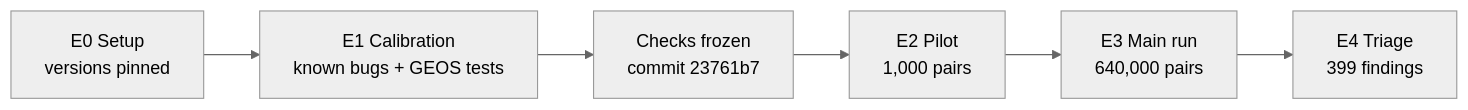
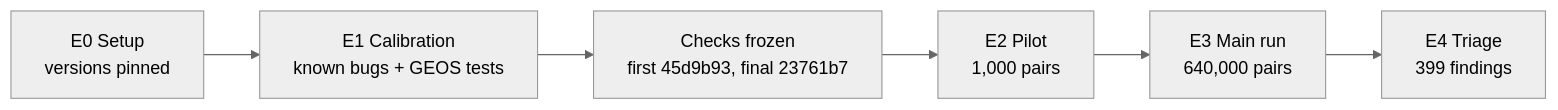
Before and after one commit to alexandre-zatti/postgis-consistency-testing: the diagram in docs/03-experiments.md, drawn with Mermaid (neutral theme). The commit also changed other lines of this file and 11 other files, not shown here.

````diff
--- a/docs/03-experiments.md
+++ b/docs/03-experiments.md
@@ -8,8 +8,8 @@
 ```mermaid
 flowchart LR
     E0["E0 Setup<br/>versions pinned"] --> E1["E1 Calibration<br/>known bugs + GEOS tests"]
-    E1 --> F["Checks frozen<br/>commit 23761b7"]
+    E1 --> F["Checks frozen<br/>first 45d9b93, final 23761b7"]
     F --> E2["E2 Pilot<br/>1,000 pairs"]
     E2 --> E3["E3 Main run<br/>640,000 pairs"]
     E3 --> E4["E4 Triage<br/>399 findings"]
 ```
````
